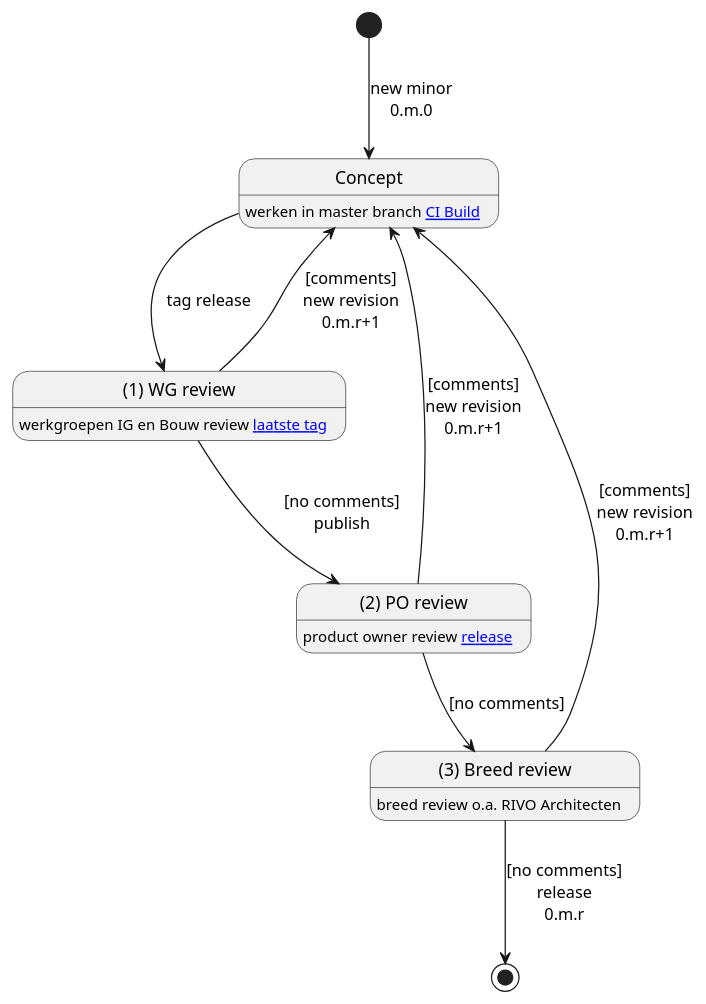
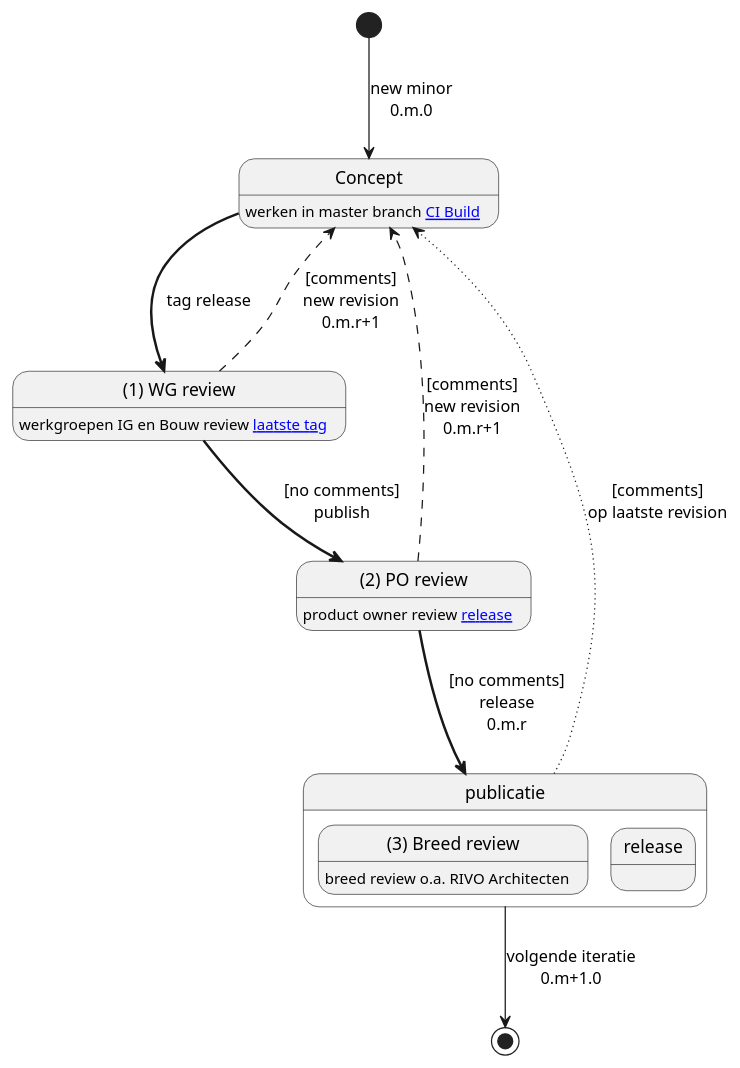
Before and after one commit to RIVO-Noord/zorgviewer-ig: the diagram in input/images-source/Review-Workflow.plantuml, drawn with PlantUML. The commit also changed 6 other files, not shown here.

```diff
--- a/input/images-source/Review-Workflow.plantuml
+++ b/input/images-source/Review-Workflow.plantuml
@@ -1,22 +1,26 @@
 @startuml 
 
 state "Concept" as concept
 state "(1) WG review" as WGreview
 state "(2) PO review" as POreview
-state "(3) Breed review" as BRreview
 
 concept : werken in master branch [[https://build.fhir.org/ig/RIVO-Noord/zorgviewer-ig/ CI Build]]
 WGreview : werkgroepen IG en Bouw review [[https://vdzel.home.xs4all.nl/zorgviewer-ig/branches/ laatste tag]]
 POreview : product owner review [[https://vdzel.home.xs4all.nl/zorgviewer-ig/ release]]
-BRreview : breed review o.a. RIVO Architecten
 
 [*] --> concept : new minor\n0.m.0
-concept -> WGreview : tag release
-WGreview --> concept : [comments]\nnew revision\n0.m.r+1 
-WGreview --> POreview : [no comments]\npublish
-POreview --> concept : [comments]\nnew revision\n0.m.r+1 
-POreview --> BRreview : [no comments]
-BRreview --> concept : [comments]\nnew revision\n0.m.r+1
-BRreview --> [*] : [no comments]\nrelease\n0.m.r 
+concept -[bold]-> WGreview : tag release
+WGreview -[dashed]-> concept : [comments]\nnew revision\n0.m.r+1 
+WGreview -[bold]-> POreview : [no comments]\npublish
+POreview -[dashed]-> concept : [comments]\nnew revision\n0.m.r+1 
+POreview -[bold]-> publicatie : [no comments]\nrelease\n0.m.r
+publicatie --> [*] : volgende iteratie\n0.m+1.0
+publicatie -[dotted]-> concept : [comments]\nop laatste revision
+
+state publicatie {
+   state "(3) Breed review" as BRreview
+   BRreview : breed review o.a. RIVO Architecten
+   state release
+  }
 
 @enduml
```
